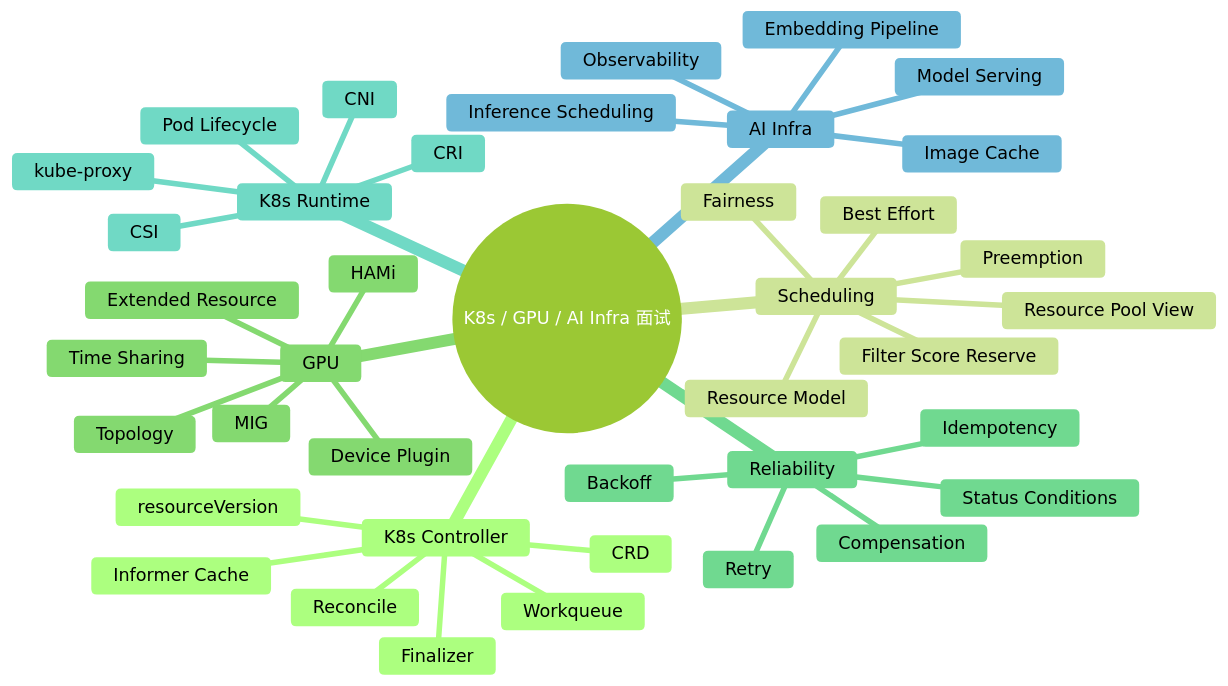
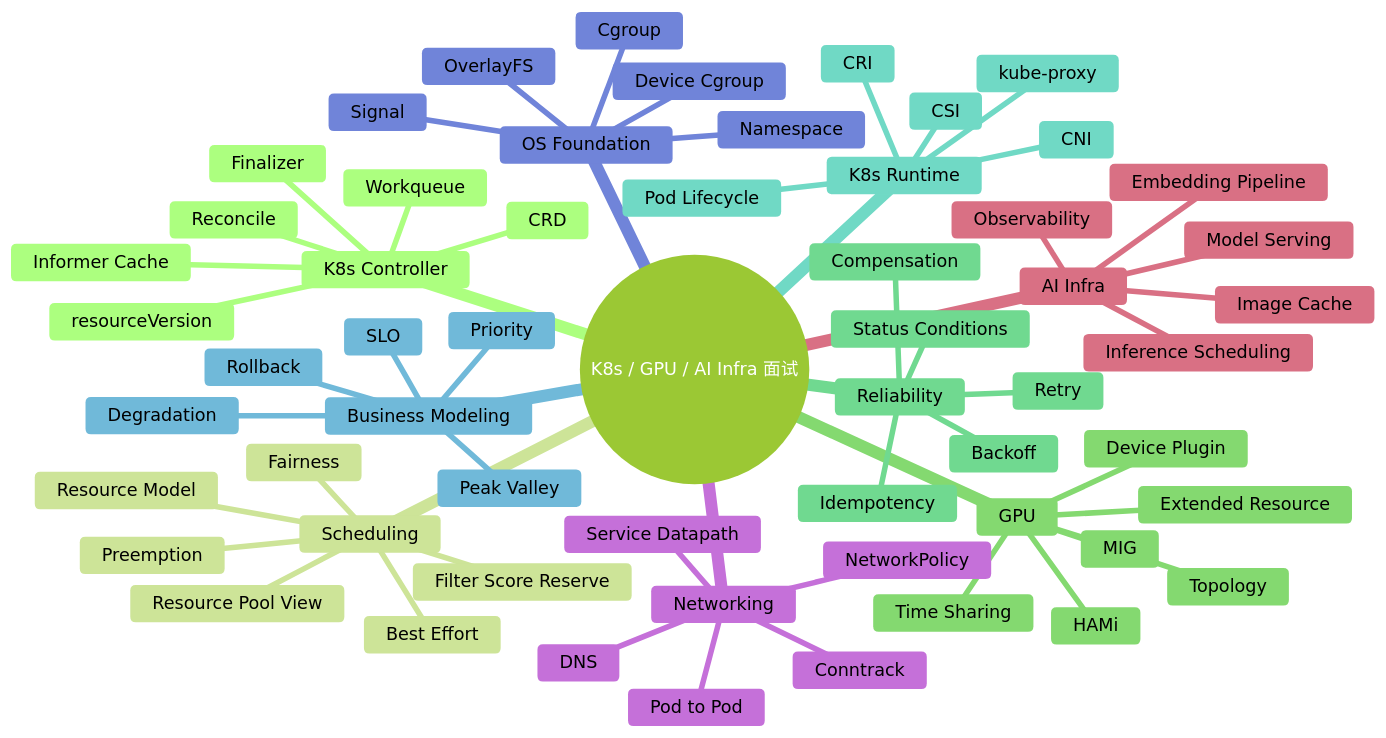
Before and after one commit to HSn0918/Learning-Notes: the first of 3 diagrams in learning-plan/interviews/k8s-gpu-ai-infra-interview-modules.md, drawn with Mermaid (forest theme). The commit also changed other lines of this file and 1 other file, not shown here.

Commit message:
docs: add business os networking interview modules

````diff
--- a/learning-plan/interviews/k8s-gpu-ai-infra-interview-modules.md
+++ b/learning-plan/interviews/k8s-gpu-ai-infra-interview-modules.md
@@ -18,43 +18,61 @@
 ```mermaid
 mindmap
   root((K8s / GPU / AI Infra 面试))
     K8s Controller
       CRD
       Reconcile
       Informer Cache
       Workqueue
       resourceVersion
       Finalizer
     Scheduling
       Resource Model
       Filter Score Reserve
       Resource Pool View
       Best Effort
       Preemption
       Fairness
     GPU
       Device Plugin
       Extended Resource
       MIG
       Time Sharing
       HAMi
       Topology
     Reliability
       Idempotency
       Retry
       Backoff
       Compensation
       Status Conditions
     K8s Runtime
       Pod Lifecycle
       CRI
       CNI
       CSI
       kube-proxy
+    Business Modeling
+      SLO
+      Peak Valley
+      Degradation
+      Priority
+      Rollback
+    OS Foundation
+      Namespace
+      Cgroup
+      OverlayFS
+      Device Cgroup
+      Signal
+    Networking
+      Pod to Pod
+      Service Datapath
+      DNS
+      NetworkPolicy
+      Conntrack
     AI Infra
       Image Cache
       Model Serving
       Inference Scheduling
       Embedding Pipeline
       Observability
 ```
````
